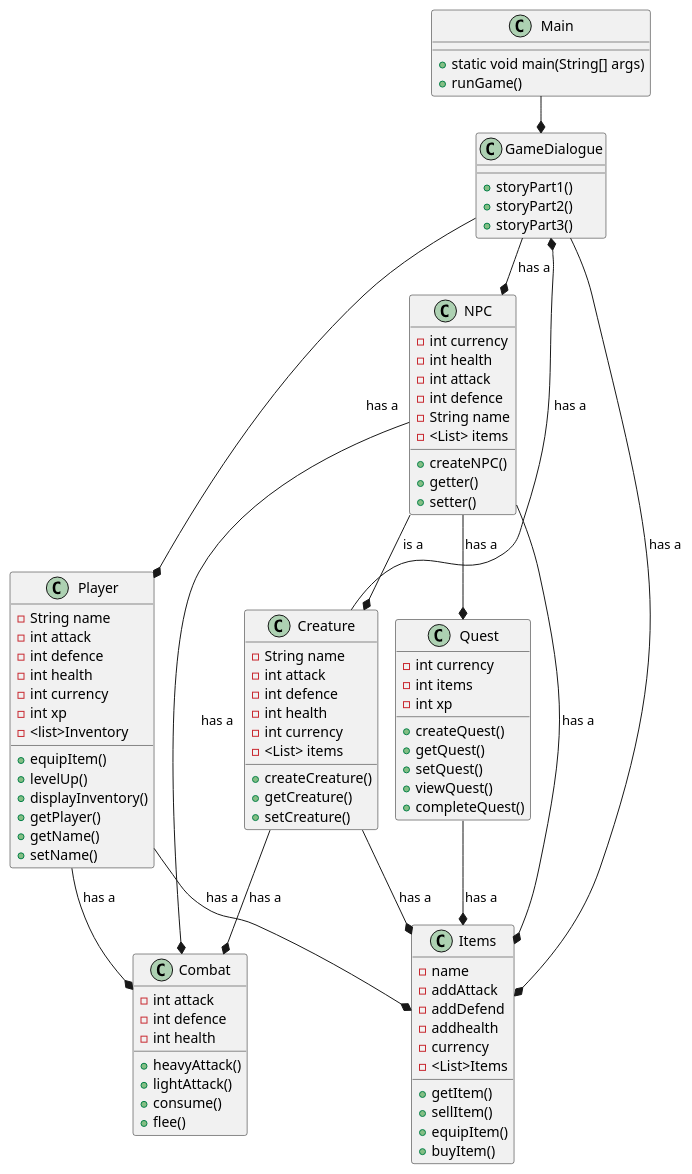
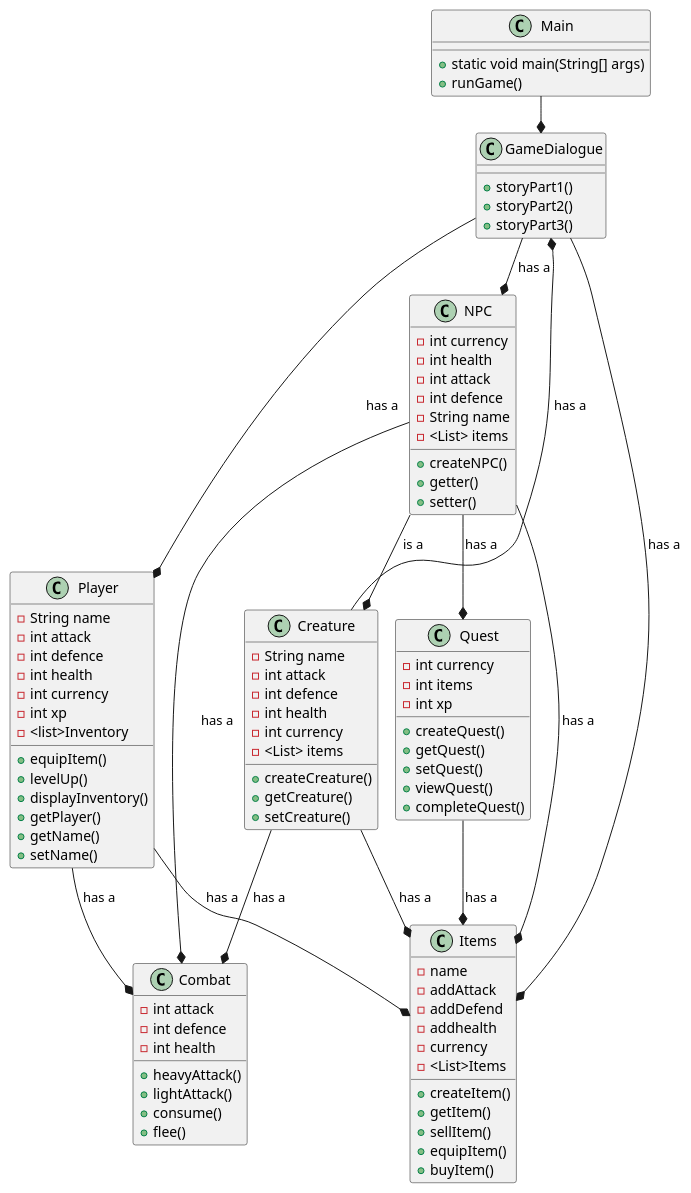
One commit to KhuongNDang/Project_ICE changed the diagram in doc/Class Diagram.puml. Above: the diagram before and after it, drawn with PlantUML. The commit also changed 1 other file, not shown here.

```diff
--- a/doc/Class Diagram.puml
+++ b/doc/Class Diagram.puml
@@ -1,115 +1,116 @@
 @startuml
 
 !pragma layout smetana
 
 
 class Main{
 + static void main(String[] args)
 + runGame()
 
 }
 
 
 class GameDialogue{
 + storyPart1()
 + storyPart2()
 + storyPart3()
 }
 
 class Player{
 - String name
 - int attack
 - int defence
 - int health
 - int currency
 - int xp
 - <list>Inventory
 +equipItem()
 +levelUp()
 +displayInventory()
 +getPlayer()
 +getName()
 +setName()
 }
 
 
 class Creature{
 - String name
 - int attack
 - int defence
 - int health
 - int currency
 - <List> items
 + createCreature()
 + getCreature()
 + setCreature()
 }
 
 
 class  NPC{
 - int currency
 - int health
 - int attack
 - int defence
 - String name
 - <List> items
 + createNPC()
 + getter()
 + setter()
 }
 
 
 class  Combat{
 - int attack
 - int defence
 - int health
 + heavyAttack()
 + lightAttack()
 + consume()
 + flee()
 }
 
 
 class  Quest{
 - int currency
 - int items
 - int xp
 + createQuest()
 + getQuest()
 + setQuest()
 + viewQuest()
 + completeQuest()
 }
 
 
 class  Items{
 - name
 - addAttack
 - addDefend
 - addhealth
 - currency
 - <List>Items
++ createItem()
 + getItem()
 + sellItem()
 + equipItem()
 + buyItem()
 
 }
 
 
 Main --* GameDialogue
 Player --* Items: has a
 Creature --* Items: has a
 GameDialogue --* Items: has a
 Quest --* Items: has a
 GameDialogue --* NPC: has a
 NPC --* Quest: has a
 Player --* Combat: has a
 Creature --* Combat: has a
 NPC --* Combat: has a
 Creature --* GameDialogue: has a
 NPC --* Creature: is a
 GameDialogue --* Player: has a
 NPC --* Items: has a
 
 @enduml
```
